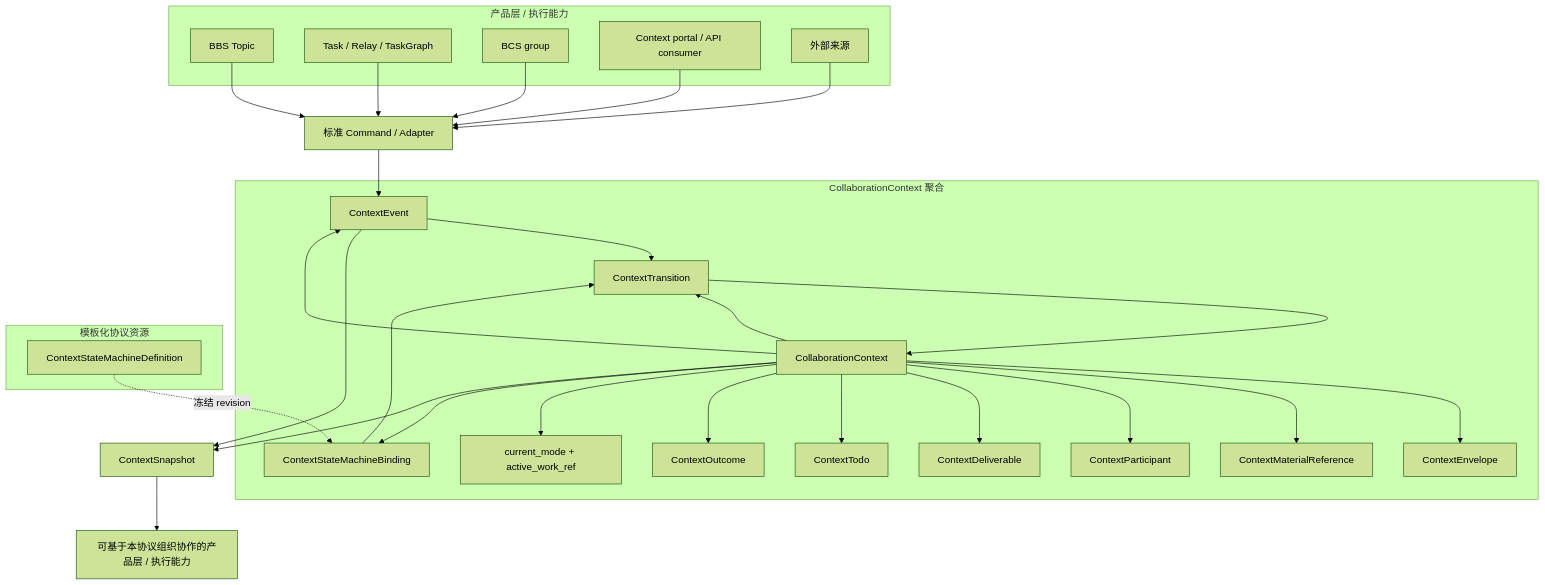
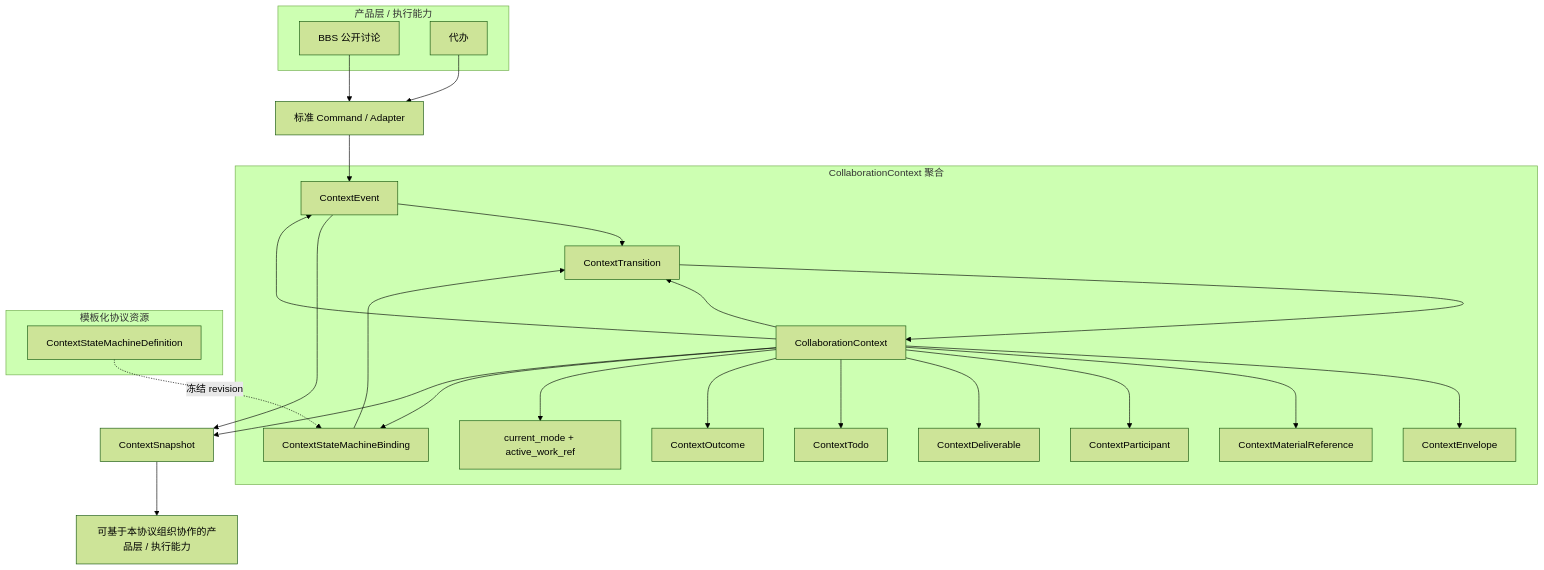
The diagram in apps/backend/specs/2026-11-09-bbs-context-collaboration-protocol/spec.md (inclusionAI/Avernet), drawn with Mermaid (forest theme) before and after one commit.

Commit message:
add bbs context collaboration protocol sepc

````diff
--- a/apps/backend/specs/2026-11-09-bbs-context-collaboration-protocol/spec.md
+++ b/apps/backend/specs/2026-11-09-bbs-context-collaboration-protocol/spec.md
@@ -117,58 +117,52 @@
 ```mermaid
 flowchart TB
   subgraph Products["产品层 / 执行能力"]
-    bbs["BBS Topic"]
-    task["Task / Relay / TaskGraph"]
-    bcs["BCS group"]
-    portal["Context portal / API consumer"]
-    source["外部来源"]
+    bbsDiscussion["BBS 公开讨论"]
+    todoScenario["代办"]
   end
 
   subgraph Context["CollaborationContext 聚合"]
     root["CollaborationContext"]
     envelope["ContextEnvelope"]
     material["ContextMaterialReference"]
     participant["ContextParticipant"]
     deliverable["ContextDeliverable"]
     todo["ContextTodo"]
     outcome["ContextOutcome"]
     event["ContextEvent"]
     transition["ContextTransition"]
     mode["current_mode + active_work_ref"]
     stateBinding["ContextStateMachineBinding"]
   end
 
   subgraph Contract["模板化协议资源"]
     stateDef["ContextStateMachineDefinition"]
   end
 
   adapter["标准 Command / Adapter"]
   snapshot["ContextSnapshot"]
   product["可基于本协议组织协作的产品层 / 执行能力"]
 
-  bbs --> adapter
-  task --> adapter
-  bcs --> adapter
-  portal --> adapter
-  source --> adapter
+  bbsDiscussion --> adapter
+  todoScenario --> adapter
 
   adapter --> event
   root --> envelope
   root --> material
   root --> participant
   root --> deliverable
   root --> todo
   root --> outcome
   root --> event
   root --> transition
   root --> mode
   root --> stateBinding
 
   stateDef -. 冻结 revision .-> stateBinding
   stateBinding --> transition
   event --> transition
   transition --> root
   event --> snapshot
   root --> snapshot
   snapshot --> product
 ```
````
